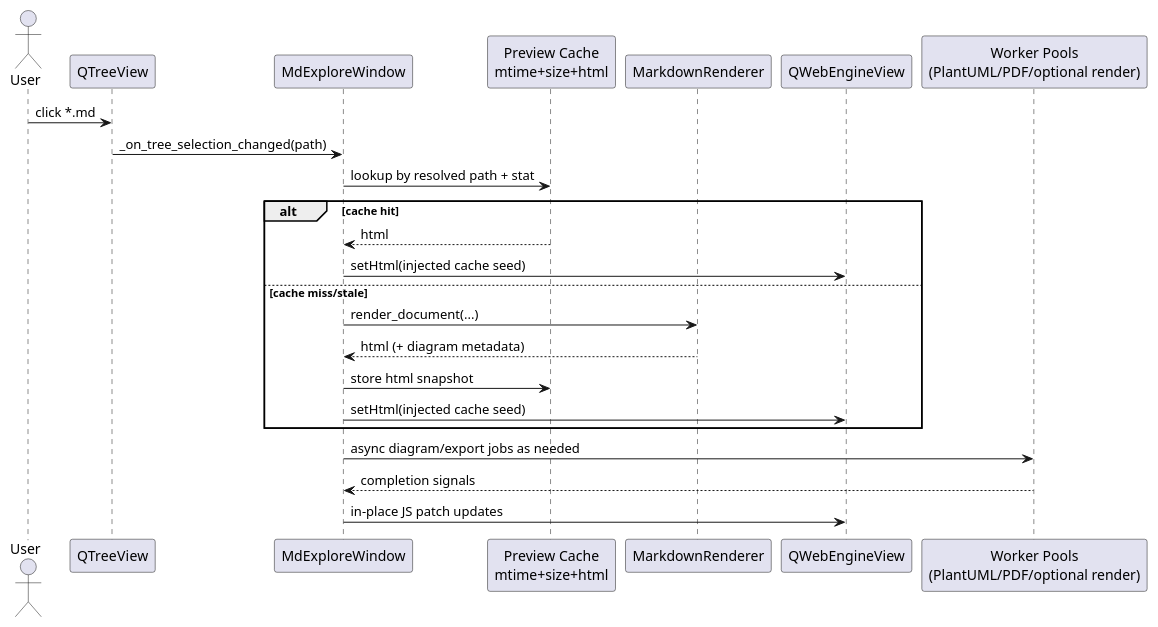
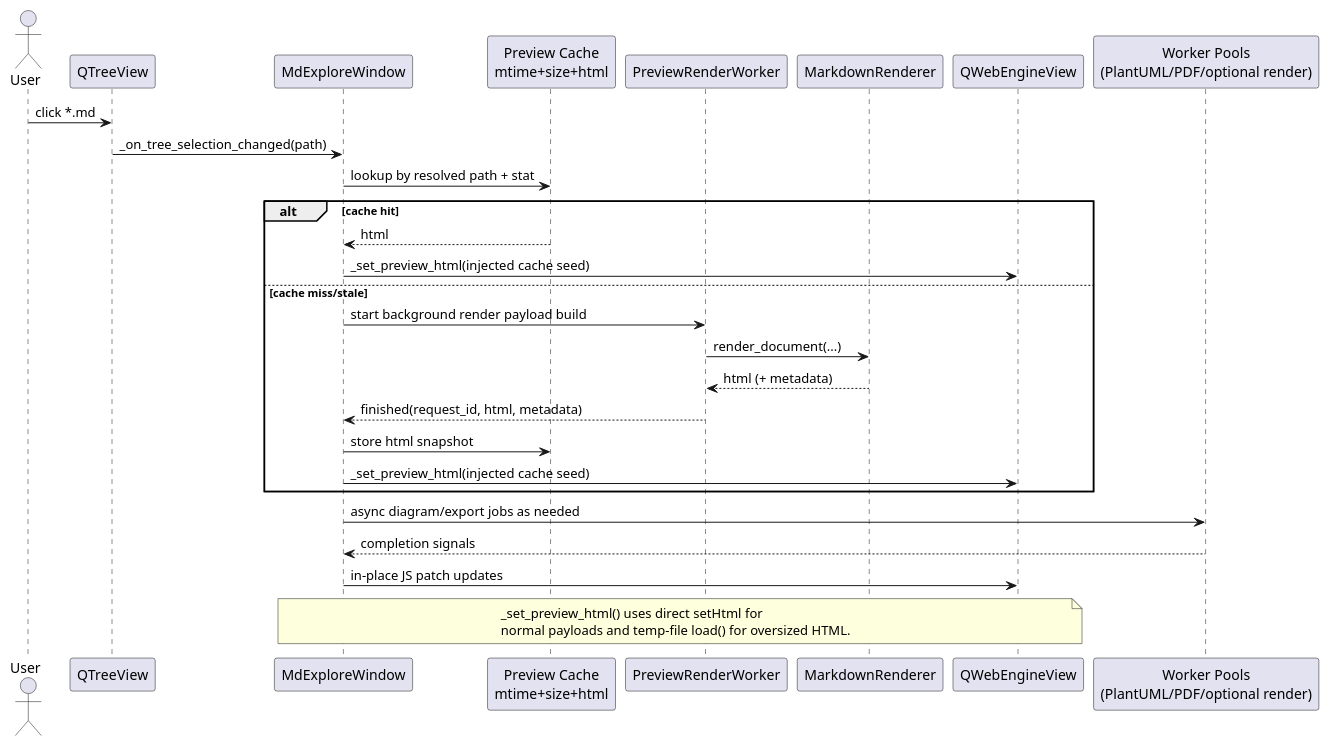
The fourth of 9 diagrams in UML.md (ngpepin/mdexplore), drawn with PlantUML before and after one commit. The commit also changed other lines of this file and 6 other files, not shown here.

````diff
--- a/UML.md
+++ b/UML.md
@@ -303,29 +359,36 @@
 ```plantuml
 @startuml
 actor User
 participant "QTreeView" as Tree
 participant "MdExploreWindow" as Win
 participant "Preview Cache\nmtime+size+html" as Cache
+participant "PreviewRenderWorker" as Worker
 participant "MarkdownRenderer" as Renderer
 participant "QWebEngineView" as Web
 participant "Worker Pools\n(PlantUML/PDF/optional render)" as Pools
 
 User -> Tree : click *.md
 Tree -> Win : _on_tree_selection_changed(path)
 Win -> Cache : lookup by resolved path + stat
 
 alt cache hit
   Cache --> Win : html
-  Win -> Web : setHtml(injected cache seed)
+  Win -> Web : _set_preview_html(injected cache seed)
 else cache miss/stale
-  Win -> Renderer : render_document(...)
-  Renderer --> Win : html (+ diagram metadata)
+  Win -> Worker : start background render payload build
+  Worker -> Renderer : render_document(...)
+  Renderer --> Worker : html (+ metadata)
+  Worker --> Win : finished(request_id, html, metadata)
   Win -> Cache : store html snapshot
-  Win -> Web : setHtml(injected cache seed)
+  Win -> Web : _set_preview_html(injected cache seed)
 end
 
 Win -> Pools : async diagram/export jobs as needed
 Pools --> Win : completion signals
 Win -> Web : in-place JS patch updates
+note over Win,Web
+  _set_preview_html() uses direct setHtml for
+  normal payloads and temp-file load() for oversized HTML.
+end note
 @enduml
 ```
````
